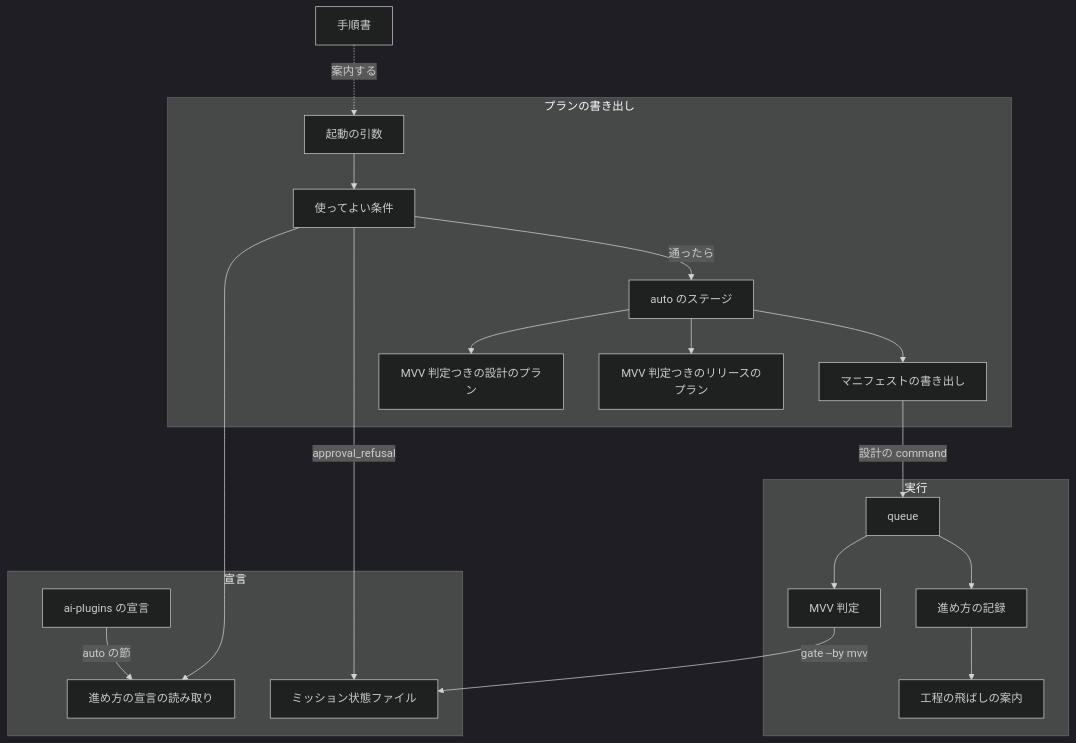
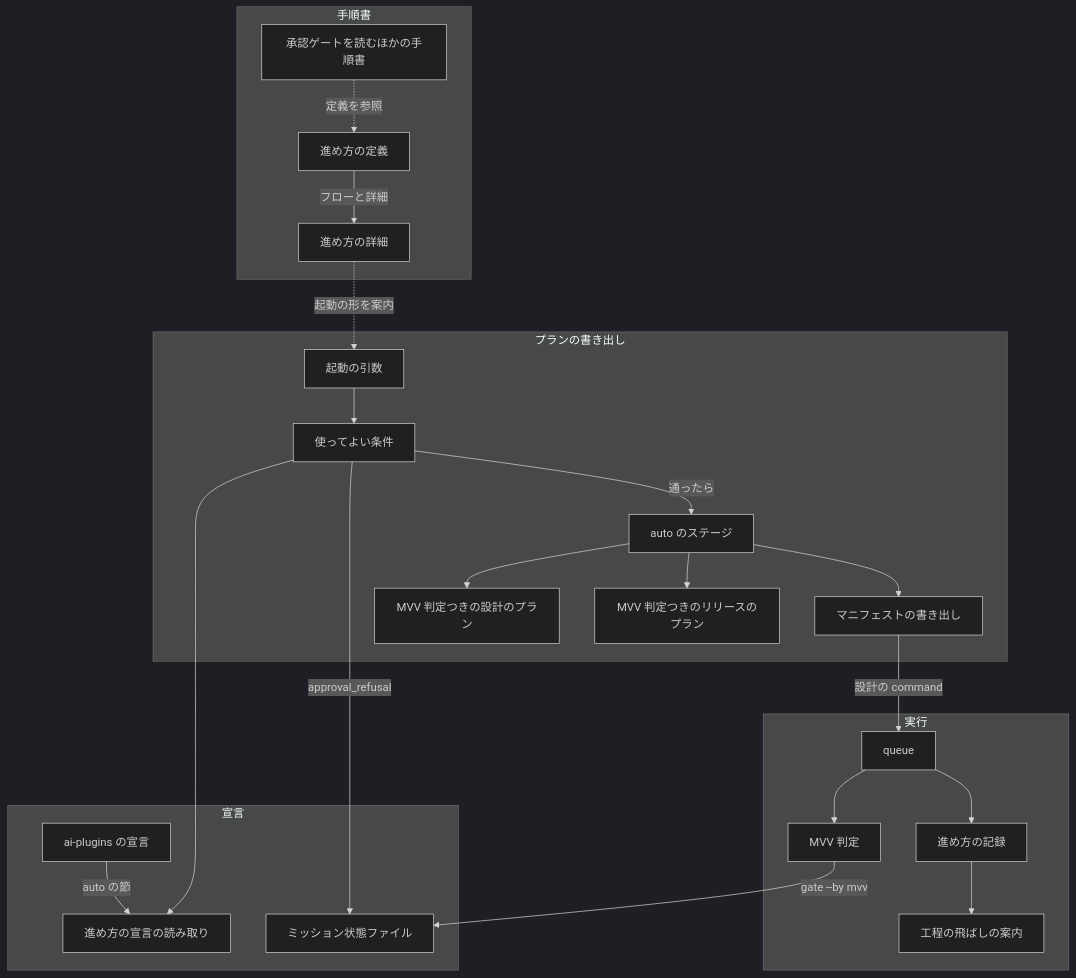
One commit to devbasex/ai-plugins changed the first of 9 diagrams in issues/issue-1370-design.md. Above: the diagram before and after it, drawn with Mermaid (dark theme). The commit also changed other lines of this file and 3 other files, not shown here.

First line of the commit message:
Docs: #1370 設計を要求の改訂に合わせて書き直す（3 つの進め方の定義の表とフローの図、決定の記録を分ける）

````diff
--- a/issues/issue-1370-design.md
+++ b/issues/issue-1370-design.md
@@ -122,37 +134,43 @@
 ```mermaid
 graph TD
     subgraph 宣言
         AD[ai-plugins の宣言]
         PJ[進め方の宣言の読み取り]
         MS[ミッション状態ファイル]
     end
     AD -->|auto の節| PJ
     subgraph プランの書き出し
         NA[起動の引数]
         PR[使ってよい条件]
         AM[auto のステージ]
         MD[MVV 判定つきの設計のプラン]
         MR[MVV 判定つきのリリースのプラン]
         MF[マニフェストの書き出し]
     end
     subgraph 実行
         Q[queue]
         G[MVV 判定]
         REC[進め方の記録]
         WF[工程の飛ばしの案内]
     end
-    DOC[手順書]
+    subgraph 手順書
+        DEF[進め方の定義]
+        PM[進め方の詳細]
+        OT[承認ゲートを読むほかの手順書]
+    end
     NA --> PR
     PR --> PJ
     PR -->|approval_refusal| MS
     PR -->|通ったら| AM
     AM --> MD
     AM --> MR
     AM --> MF
     MF -->|設計の command| Q
     Q --> G
     G -->|gate --by mvv| MS
     Q --> REC
     REC --> WF
-    DOC -.->|案内する| NA
+    DEF -->|フローと詳細| PM
+    OT -.->|定義を参照| DEF
+    PM -.->|起動の形を案内| NA
 ```
````
